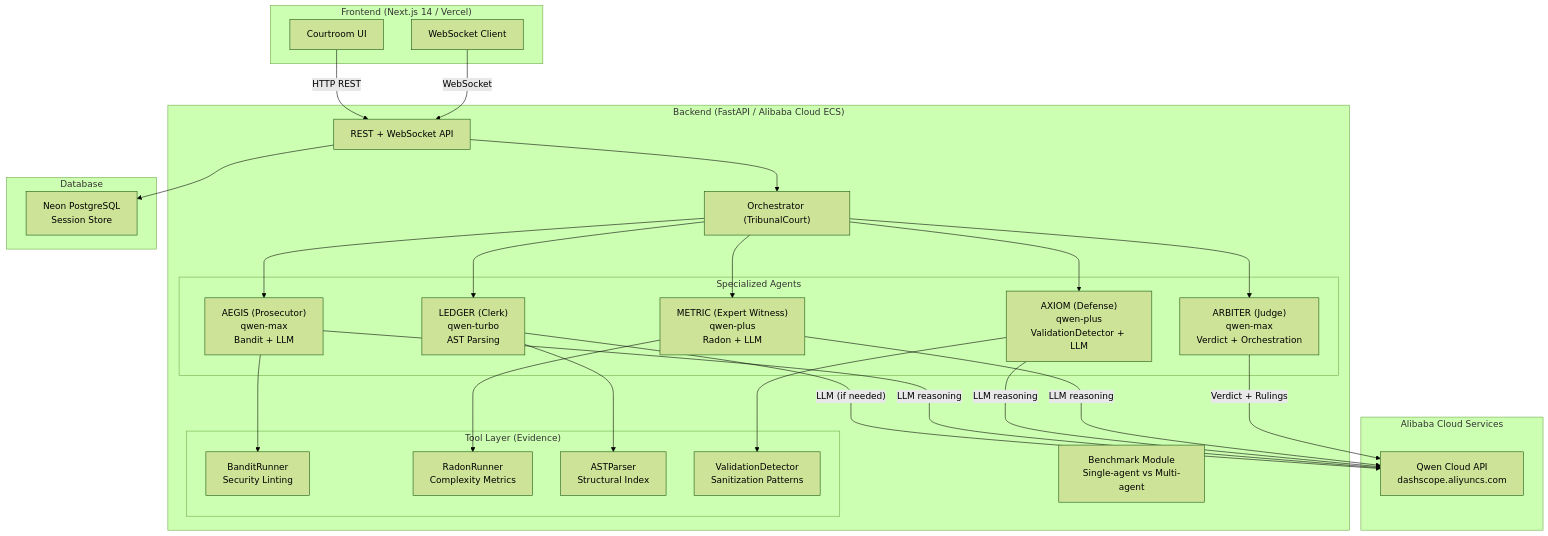
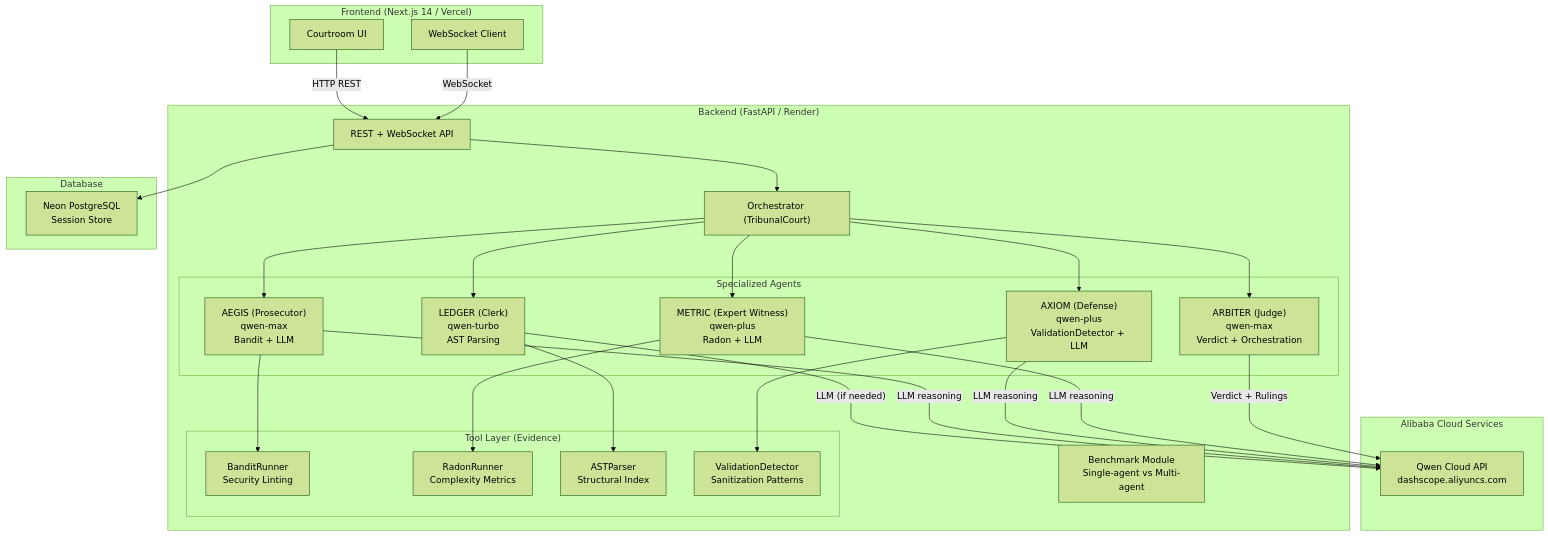
Before and after one commit to einzeinn/codetribunal: the first of 2 diagrams in ARCHITECTURE.md, drawn with Mermaid (forest theme). The commit also changed 3 other files, not shown here.

Commit message:
docs: update deployment references from Alibaba Cloud ECS to Render

````diff
--- a/ARCHITECTURE.md
+++ b/ARCHITECTURE.md
@@ -5,59 +5,59 @@
 ```mermaid
 graph TB
     subgraph Frontend["Frontend (Next.js 14 / Vercel)"]
         UI["Courtroom UI"]
         WS_CLIENT["WebSocket Client"]
     end
 
-    subgraph Backend["Backend (FastAPI / Alibaba Cloud ECS)"]
+    subgraph Backend["Backend (FastAPI / Render)"]
         API["REST + WebSocket API"]
         ORCH["Orchestrator (TribunalCourt)"]
         
         subgraph Agents["Specialized Agents"]
             LEDGER["LEDGER (Clerk)<br/>qwen-turbo<br/>AST Parsing"]
             AEGIS["AEGIS (Prosecutor)<br/>qwen-max<br/>Bandit + LLM"]
             AXIOM["AXIOM (Defense)<br/>qwen-plus<br/>ValidationDetector + LLM"]
             METRIC["METRIC (Expert Witness)<br/>qwen-plus<br/>Radon + LLM"]
             ARBITER["ARBITER (Judge)<br/>qwen-max<br/>Verdict + Orchestration"]
         end
         
         subgraph Tools["Tool Layer (Evidence)"]
             BANDIT["BanditRunner<br/>Security Linting"]
             RADON["RadonRunner<br/>Complexity Metrics"]
             AST["ASTParser<br/>Structural Index"]
             VALDET["ValidationDetector<br/>Sanitization Patterns"]
         end
         
         BENCH["Benchmark Module<br/>Single-agent vs Multi-agent"]
     end
 
     subgraph Cloud["Alibaba Cloud Services"]
         QWEN["Qwen Cloud API<br/>dashscope.aliyuncs.com"]
     end
 
     subgraph Database["Database"]
         NEON["Neon PostgreSQL<br/>Session Store"]
     end
 
     UI -->|"HTTP REST"| API
     WS_CLIENT -->|"WebSocket"| API
     API --> ORCH
     ORCH --> LEDGER
     ORCH --> AEGIS
     ORCH --> AXIOM
     ORCH --> METRIC
     ORCH --> ARBITER
     
     AEGIS --> BANDIT
     AXIOM --> VALDET
     METRIC --> RADON
     LEDGER --> AST
     
     LEDGER -->|"LLM (if needed)"| QWEN
     AEGIS -->|"LLM reasoning"| QWEN
     AXIOM -->|"LLM reasoning"| QWEN
     METRIC -->|"LLM reasoning"| QWEN
     ARBITER -->|"Verdict + Rulings"| QWEN
     
     API --> NEON
 ```
````
